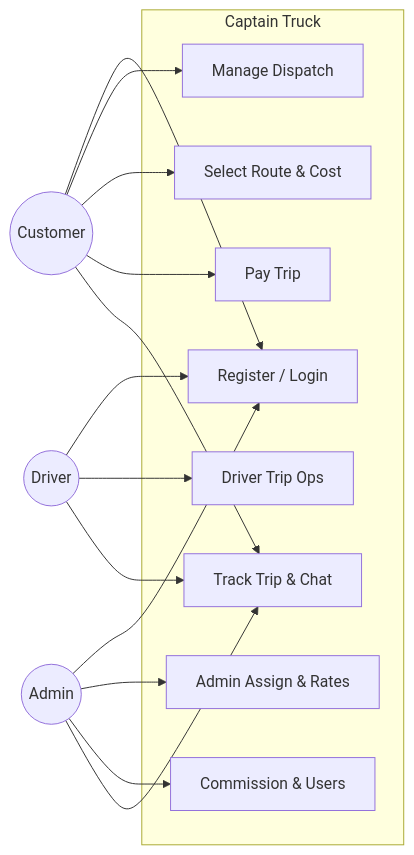
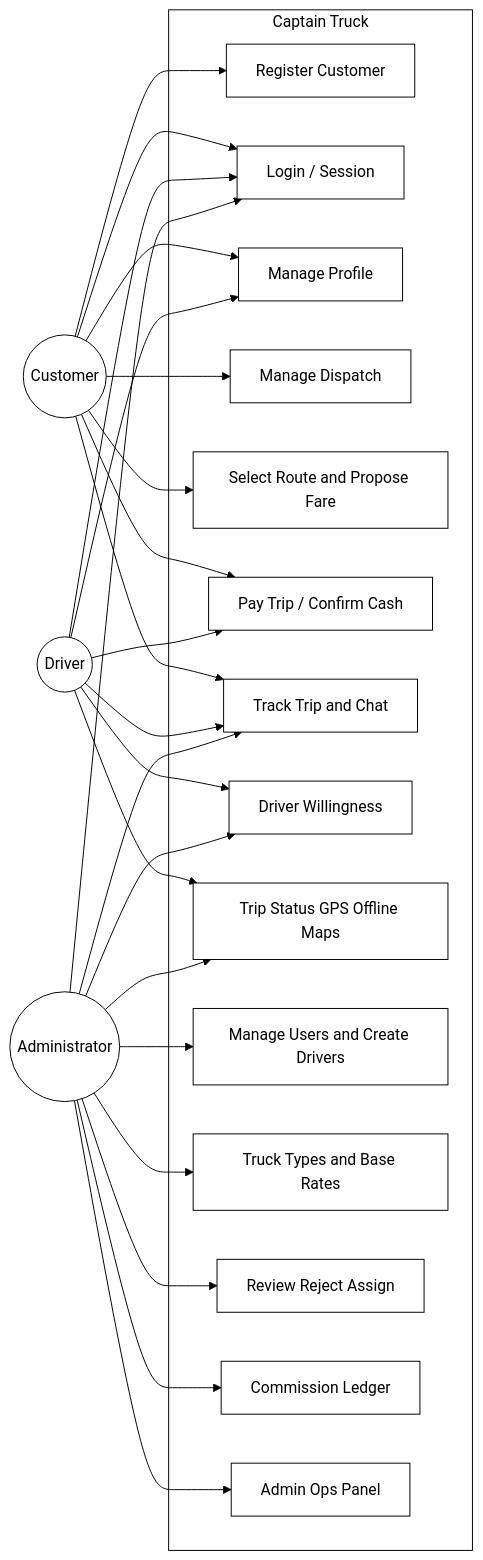
One commit to Muhammad-Umair-Gujjar/captainTruck changed the fifth of 6 diagrams in docs/Chapter2.md. Above: the diagram before and after it, drawn with Mermaid. The commit also changed other lines of this file and 536 other files, not shown here.

````diff
--- a/docs/Chapter2.md
+++ b/docs/Chapter2.md
@@ -409,30 +606,49 @@
 ```mermaid
+%%{init: {'theme': 'base', 'themeVariables': { 'primaryColor': '#ffffff', 'primaryTextColor': '#000000', 'primaryBorderColor': '#000000', 'lineColor': '#000000', 'secondaryColor': '#ffffff', 'tertiaryColor': '#ffffff', 'background': '#ffffff', 'mainBkg': '#ffffff', 'nodeBorder': '#000000', 'clusterBkg': '#ffffff', 'clusterBorder': '#000000', 'titleColor': '#000000', 'edgeLabelBackground': '#ffffff'}}}%%
 flowchart LR
   Customer((Customer))
   Driver((Driver))
-  Admin((Admin))
+  Admin((Administrator))
 
   subgraph System["Captain Truck"]
-    UC1[Register / Login]
-    UC2[Manage Dispatch]
-    UC3[Select Route & Cost]
-    UC4[Pay Trip]
-    UC5[Track Trip & Chat]
-    UC6[Driver Trip Ops]
-    UC7[Admin Assign & Rates]
-    UC8[Commission & Users]
+    UC_Reg[Register Customer]
+    UC_Login[Login / Session]
+    UC_Prof[Manage Profile]
+    UC_Disp[Manage Dispatch]
+    UC_Route[Select Route and Propose Fare]
+    UC_Pay[Pay Trip / Confirm Cash]
+    UC_Track[Track Trip and Chat]
+    UC_Will[Driver Willingness]
+    UC_Trip[Trip Status GPS Offline Maps]
+    UC_Users[Manage Users and Create Drivers]
+    UC_Rates[Truck Types and Base Rates]
+    UC_Assign[Review Reject Assign]
+    UC_Ledg[Commission Ledger]
+    UC_Ops[Admin Ops Panel]
   end
 
-  Customer --> UC1
-  Customer --> UC2
-  Customer --> UC3
-  Customer --> UC4
-  Customer --> UC5
-  Driver --> UC1
-  Driver --> UC6
-  Driver --> UC5
-  Admin --> UC1
-  Admin --> UC7
-  Admin --> UC8
-  Admin --> UC5
+  Customer --> UC_Reg
+  Customer --> UC_Login
+  Customer --> UC_Prof
+  Customer --> UC_Disp
+  Customer --> UC_Route
+  Customer --> UC_Pay
+  Customer --> UC_Track
+
+  Driver --> UC_Login
+  Driver --> UC_Prof
+  Driver --> UC_Will
+  Driver --> UC_Trip
+  Driver --> UC_Track
+  Driver --> UC_Pay
+
+  Admin --> UC_Login
+  Admin --> UC_Users
+  Admin --> UC_Rates
+  Admin --> UC_Assign
+  Admin --> UC_Will
+  Admin --> UC_Ops
+  Admin --> UC_Track
+  Admin --> UC_Ledg
+  Admin --> UC_Trip
 ```
````
